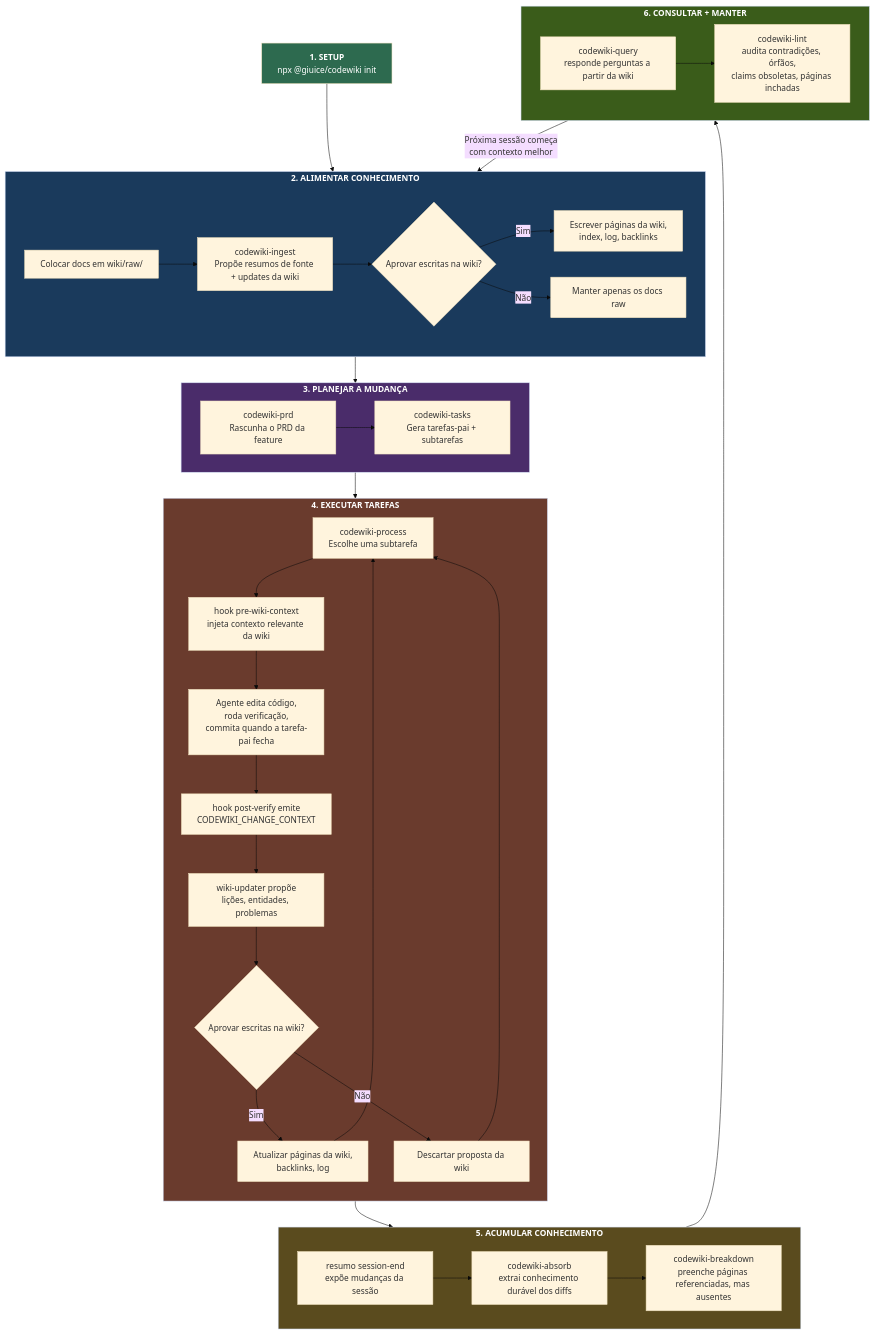
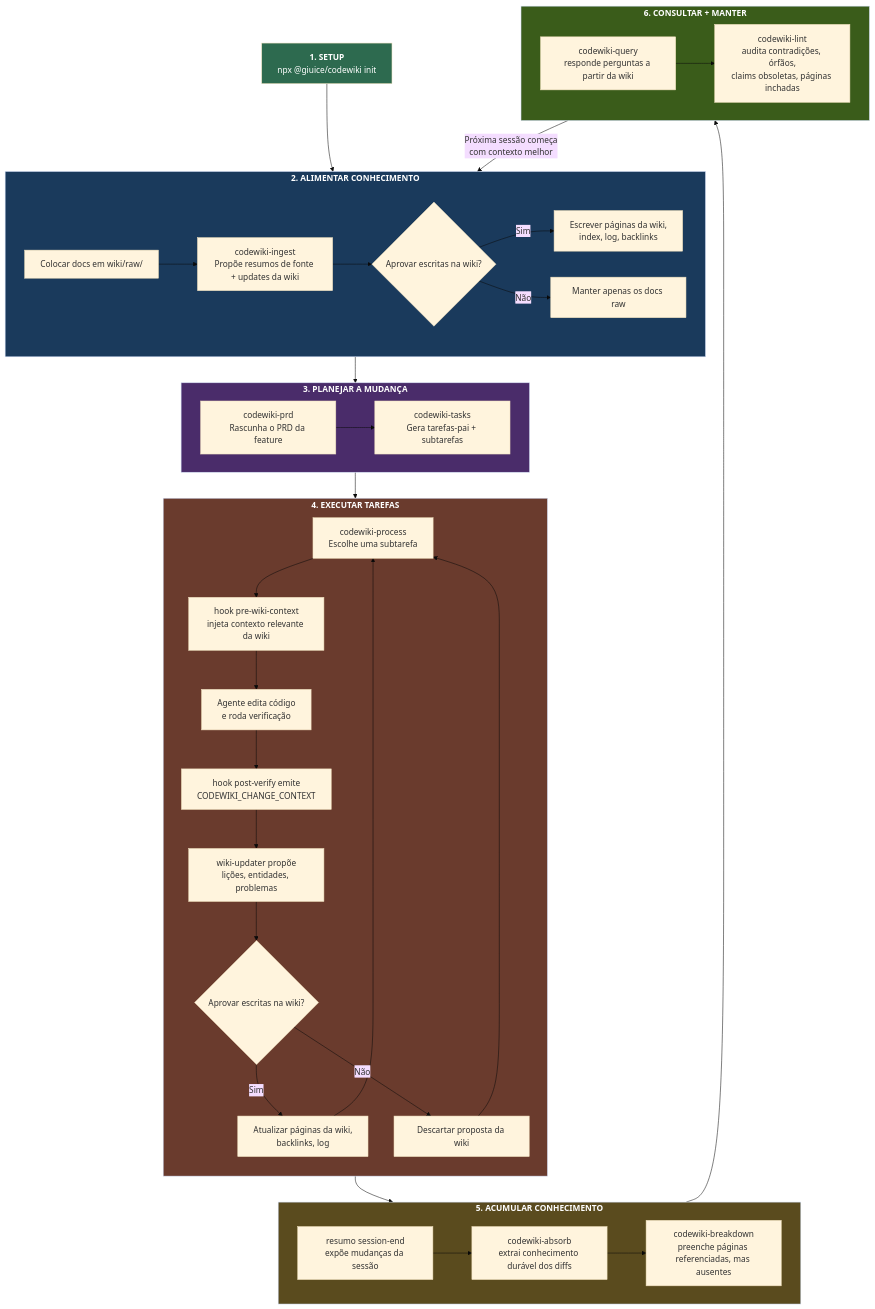
Before and after one commit to giuice/CodeWiki: the first of 2 diagrams in README.pt-BR.md, drawn with Mermaid (base theme). The commit also changed other lines of this file and 16 other files, not shown here.

````diff
--- a/README.pt-BR.md
+++ b/README.pt-BR.md
@@ -25,58 +25,58 @@
 ```mermaid
 flowchart TD
   Init["<b>1. SETUP</b><br/>npx @giuice/codewiki init"] --> Feed
 
   subgraph Feed["<b>2. ALIMENTAR CONHECIMENTO</b>"]
     direction LR
     F1["Colocar docs em wiki/raw/"] --> F2["codewiki-ingest<br/>Propõe resumos de fonte + updates da wiki"]
     F2 --> F3{"Aprovar escritas na wiki?"}
     F3 -- "Sim" --> F4["Escrever páginas da wiki,<br/>index, log, backlinks"]
     F3 -- "Não" --> F5["Manter apenas os docs raw"]
   end
 
   Feed --> Plan
 
   subgraph Plan["<b>3. PLANEJAR A MUDANÇA</b>"]
     direction LR
     P1["codewiki-prd<br/>Rascunha o PRD da feature"] --> P2["codewiki-tasks<br/>Gera tarefas-pai + subtarefas"]
   end
 
   Plan --> Build
 
   subgraph Build["<b>4. EXECUTAR TAREFAS</b>"]
     direction TB
     B1["codewiki-process<br/>Escolhe uma subtarefa"] --> B2["hook pre-wiki-context<br/>injeta contexto relevante da wiki"]
-    B2 --> B3["Agente edita código,<br/>roda verificação,<br/>commita quando a tarefa-pai fecha"]
+    B2 --> B3["Agente edita código<br/>e roda verificação"]
     B3 --> B4["hook post-verify emite<br/>CODEWIKI_CHANGE_CONTEXT"]
     B4 --> B5["wiki-updater propõe<br/>lições, entidades, problemas"]
     B5 --> B6{"Aprovar escritas na wiki?"}
     B6 -- "Sim" --> B7["Atualizar páginas da wiki,<br/>backlinks, log"]
     B6 -- "Não" --> B8["Descartar proposta da wiki"]
     B7 --> B1
     B8 --> B1
   end
 
   Build --> Compound
 
   subgraph Compound["<b>5. ACUMULAR CONHECIMENTO</b>"]
     direction LR
     C1["resumo session-end<br/>expõe mudanças da sessão"] --> C2["codewiki-absorb<br/>extrai conhecimento durável dos diffs"]
     C2 --> C3["codewiki-breakdown<br/>preenche páginas referenciadas, mas ausentes"]
   end
 
   Compound --> Maintain
 
   subgraph Maintain["<b>6. CONSULTAR + MANTER</b>"]
     direction LR
     M1["codewiki-query<br/>responde perguntas a partir da wiki"] --> M2["codewiki-lint<br/>audita contradições, órfãos,<br/>claims obsoletas, páginas inchadas"]
   end
 
   Maintain -->|"Próxima sessão começa<br/>com contexto melhor"| Feed
 
   style Init fill:#2d6a4f,color:#fff
   style Feed fill:#1a3a5c,color:#fff
   style Plan fill:#4a2c6a,color:#fff
   style Build fill:#6a3b2d,color:#fff
   style Compound fill:#5a4b1e,color:#fff
   style Maintain fill:#3a5c1a,color:#fff
 ```
````
